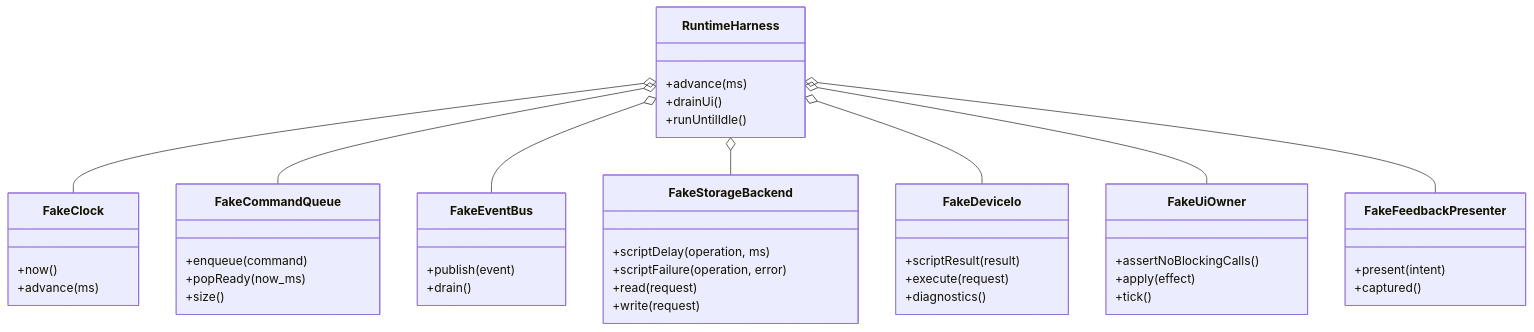
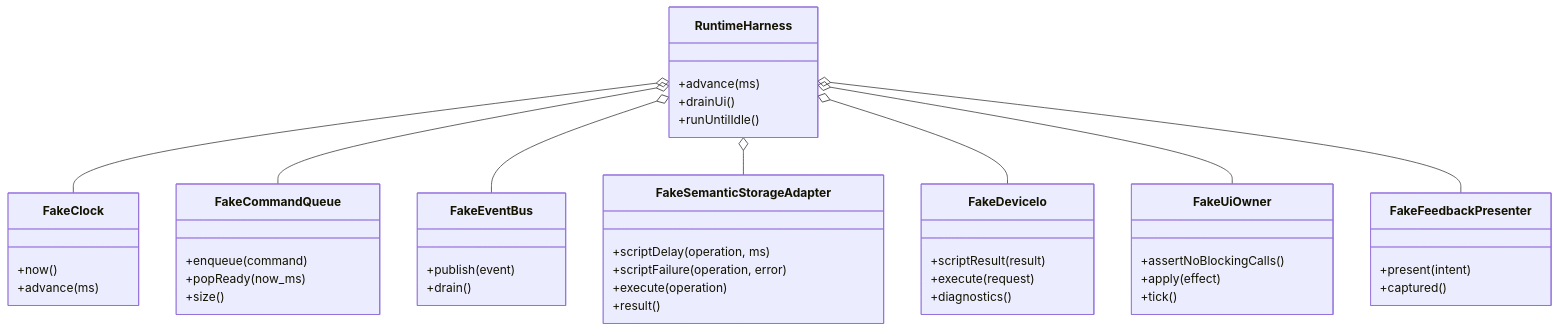
Diagram 20 of 23 in docs/specification/UI_STORAGE_EVENT_RUNTIME_DESIGN_SPEC.md (manmuqingshan/trail-mate), drawn with Mermaid before and after one commit. The commit also changed other lines of this file and 77 other files, not shown here.

````diff
--- a/docs/specification/UI_STORAGE_EVENT_RUNTIME_DESIGN_SPEC.md
+++ b/docs/specification/UI_STORAGE_EVENT_RUNTIME_DESIGN_SPEC.md
@@ -1093,56 +1119,56 @@
 ```mermaid
 classDiagram
   class RuntimeHarness {
     +advance(ms)
     +drainUi()
     +runUntilIdle()
   }
 
   class FakeClock {
     +now()
     +advance(ms)
   }
 
   class FakeCommandQueue {
     +enqueue(command)
     +popReady(now_ms)
     +size()
   }
 
   class FakeEventBus {
     +publish(event)
     +drain()
   }
 
-  class FakeStorageBackend {
+  class FakeSemanticStorageAdapter {
     +scriptDelay(operation, ms)
     +scriptFailure(operation, error)
-    +read(request)
-    +write(request)
+    +execute(operation)
+    +result()
   }
 
   class FakeDeviceIo {
     +scriptResult(result)
     +execute(request)
     +diagnostics()
   }
 
   class FakeUiOwner {
     +assertNoBlockingCalls()
     +apply(effect)
     +tick()
   }
 
   class FakeFeedbackPresenter {
     +present(intent)
     +captured()
   }
 
   RuntimeHarness o-- FakeClock
   RuntimeHarness o-- FakeCommandQueue
   RuntimeHarness o-- FakeEventBus
-  RuntimeHarness o-- FakeStorageBackend
+  RuntimeHarness o-- FakeSemanticStorageAdapter
   RuntimeHarness o-- FakeDeviceIo
   RuntimeHarness o-- FakeUiOwner
   RuntimeHarness o-- FakeFeedbackPresenter
 ```
````
